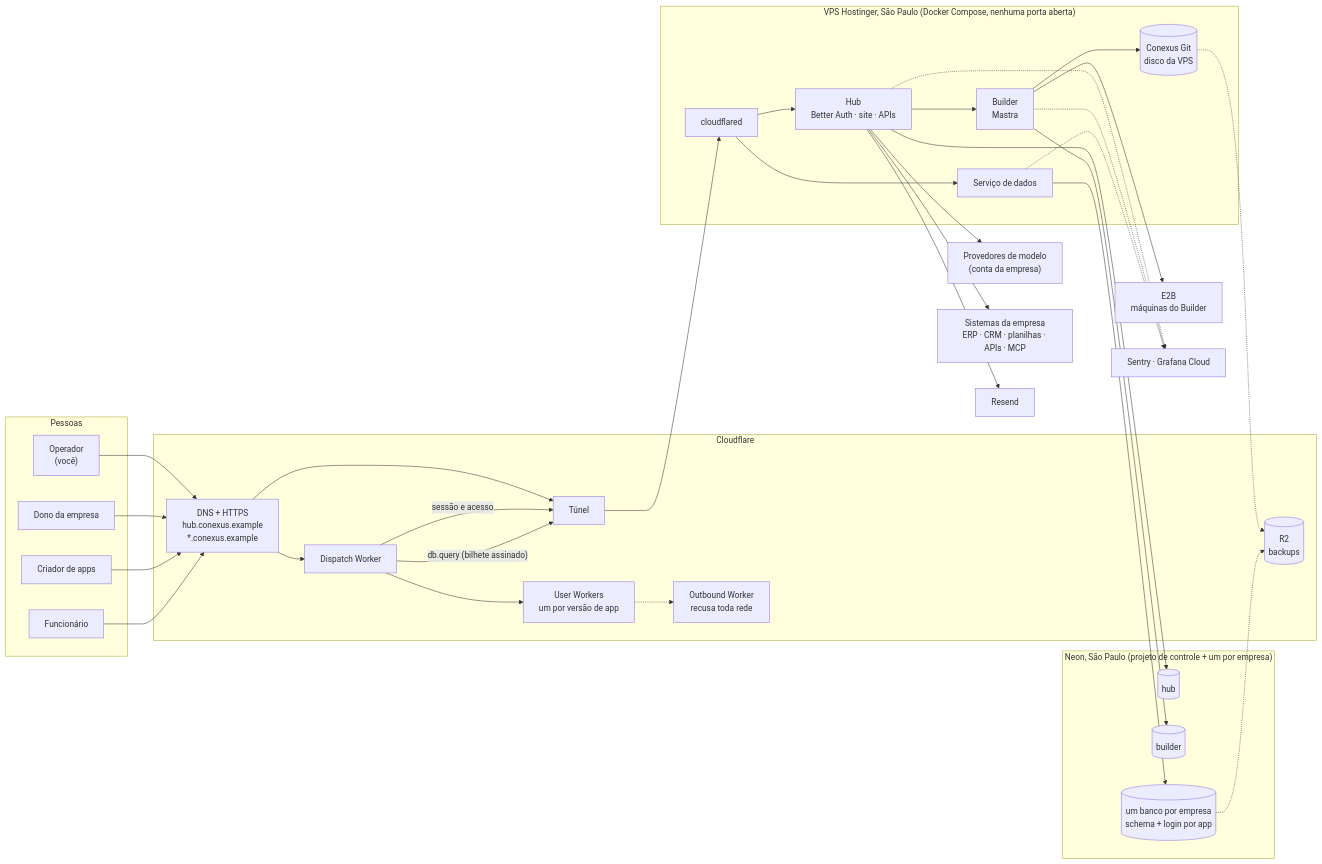
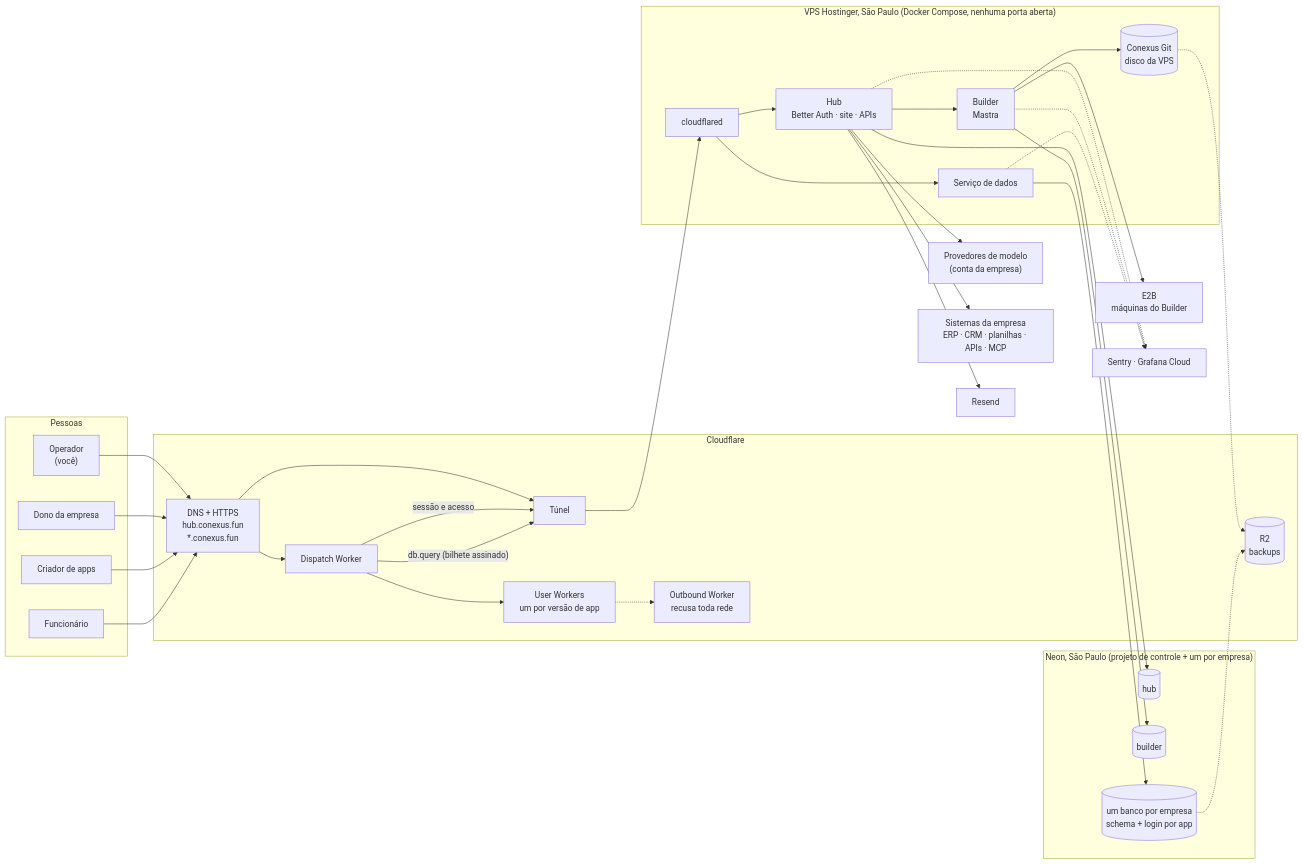
One commit to developmentconexus-ops/conexus-os changed the first of 8 diagrams in docs/research/architecture/target-design.md. Above: the diagram before and after it, drawn with Mermaid. The commit also changed other lines of this file and 1 other file, not shown here.

First line of the commit message:
docs(research): operator answers: one domain conexus.fun, model accounts per company, risk reduction plan

````diff
--- a/docs/research/architecture/target-design.md
+++ b/docs/research/architecture/target-design.md
@@ -92,55 +92,55 @@
 ```mermaid
 flowchart LR
   subgraph people["Pessoas"]
     op["Operador<br/>(você)"]
     owner["Dono da empresa"]
     creator["Criador de apps"]
     emp["Funcionário"]
   end
   subgraph cf["Cloudflare"]
-    dns["DNS + HTTPS<br/>hub.conexus.example<br/>*.conexus.example"]
+    dns["DNS + HTTPS<br/>hub.conexus.fun<br/>*.conexus.fun"]
     dispatch["Dispatch Worker"]
     userw["User Workers<br/>um por versão de app"]
     outbound["Outbound Worker<br/>recusa toda rede"]
     tunnel["Túnel"]
     r2[("R2<br/>backups")]
   end
   subgraph vps["VPS Hostinger, São Paulo (Docker Compose, nenhuma porta aberta)"]
     cfd["cloudflared"]
     hub["Hub<br/>Better Auth · site · APIs"]
     builder["Builder<br/>Mastra"]
     data["Serviço de dados"]
     git[("Conexus Git<br/>disco da VPS")]
   end
   subgraph neon["Neon, São Paulo (projeto de controle + um por empresa)"]
     hubdb[("hub")]
     builderdb[("builder")]
     codb[("um banco por empresa<br/>schema + login por app")]
   end
   e2b["E2B<br/>máquinas do Builder"]
   models["Provedores de modelo<br/>(conta da empresa)"]
   erp["Sistemas da empresa<br/>ERP · CRM · planilhas · APIs · MCP"]
   mail["Resend"]
   obs["Sentry · Grafana Cloud"]
   op & owner & creator --> dns
   emp --> dns
   dns --> tunnel --> cfd
   dns --> dispatch --> userw
   userw -.-> outbound
   cfd --> hub
   cfd --> data
   dispatch -- "sessão e acesso" --> tunnel
   dispatch -- "db.query (bilhete assinado)" --> tunnel
   hub --> builder
   hub --> hubdb
   builder --> builderdb
   builder --> git
   builder --> e2b
   hub --> models
   hub --> erp
   hub --> mail
   data --> codb
   hub & builder & data -.-> obs
   git -.-> r2
   codb -.-> r2
 ```
````
